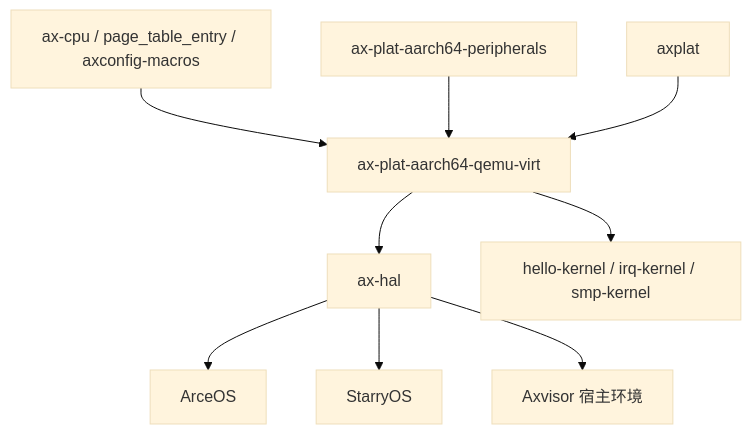
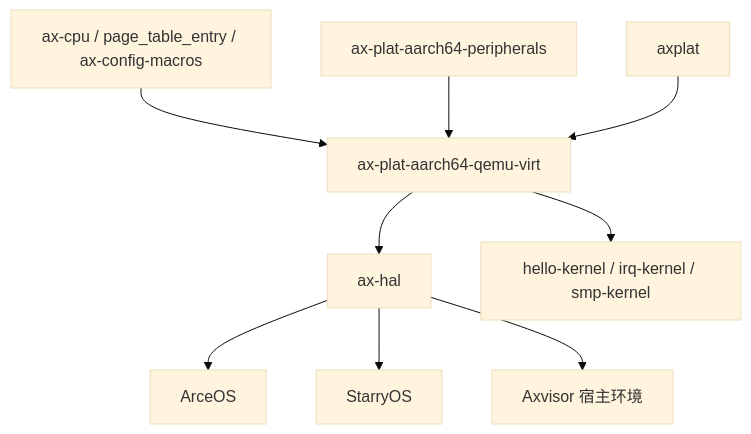
One commit to zKurisu/tgoskits changed the second of 2 diagrams in docs/crates/ax-plat-aarch64-qemu-virt.md. Above: the diagram before and after it, drawn with Mermaid (base theme). The commit also changed other lines of this file and 75 other files, not shown here.

Commit message:
rename axconfig-macros to ax-config-macros

````diff
--- a/docs/crates/ax-plat-aarch64-qemu-virt.md
+++ b/docs/crates/ax-plat-aarch64-qemu-virt.md
@@ -216,11 +216,11 @@
 ```mermaid
 graph TD
-    A[ax-cpu / page_table_entry / axconfig-macros] --> B[ax-plat-aarch64-qemu-virt]
+    A[ax-cpu / page_table_entry / ax-config-macros] --> B[ax-plat-aarch64-qemu-virt]
     C[ax-plat-aarch64-peripherals] --> B
     D[axplat] --> B
     B --> E[ax-hal]
     B --> F[hello-kernel / irq-kernel / smp-kernel]
     E --> G[ArceOS]
     E --> H[StarryOS]
     E --> I[Axvisor 宿主环境]
 ```
````
